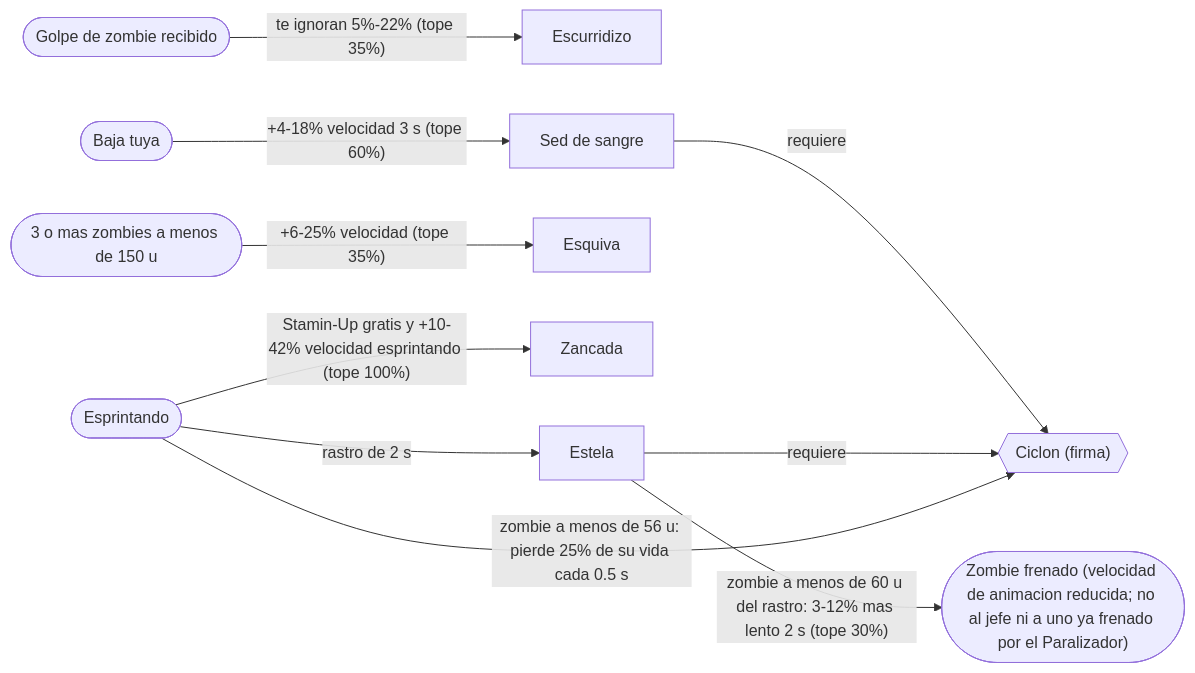
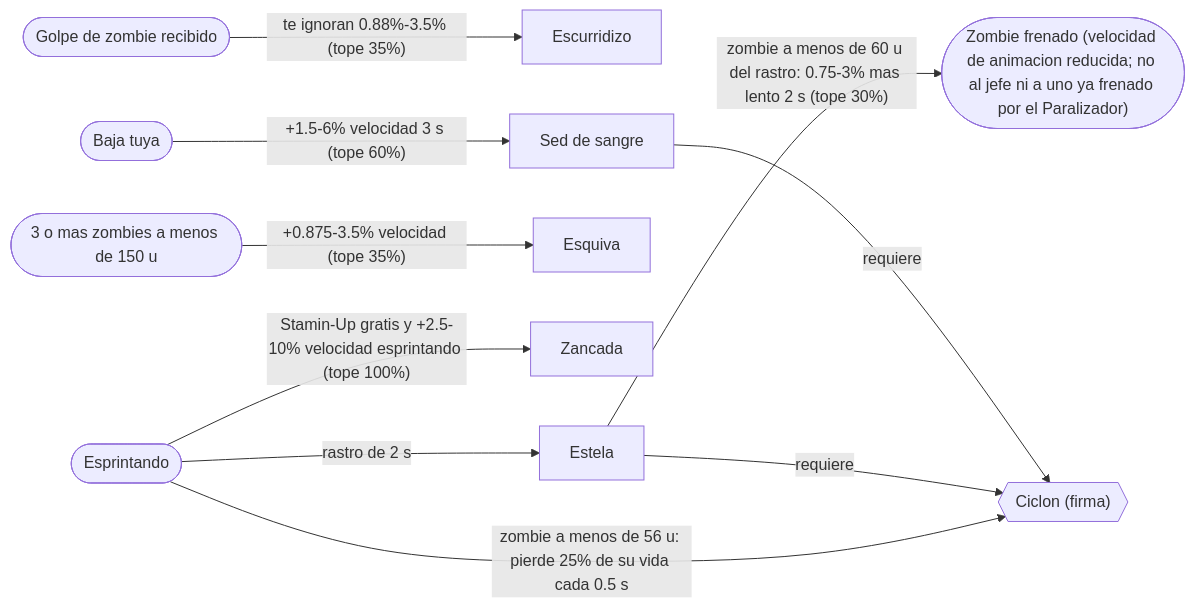
One commit to emailyasi1/bo2jodas changed diagram 12 of 15 in ARQUETIPOS.md. Above: the diagram before and after it, drawn with Mermaid. The commit also changed other lines of this file and 12 other files, not shown here.

````diff
--- a/ARQUETIPOS.md
+++ b/ARQUETIPOS.md
@@ -448,23 +448,23 @@
 ```mermaid
 flowchart LR
     escurridizo["Escurridizo"]
     sed["Sed de sangre"]
     resbaladizo["Esquiva"]
     zancada["Zancada"]
     estela["Estela"]
     ciclon{{"Ciclon (firma)"}}
     CERCA3(["3 o mas zombies a menos de 150 u"])
+    ESPRINT(["Esprintando"])
     FRENO(["Zombie frenado (velocidad de animacion reducida; no al jefe ni a uno ya frenado por el Paralizador)"])
     BAJA(["Baja tuya"])
     GOLPE(["Golpe de zombie recibido"])
-    ESPRINT(["Esprintando"])
-    BAJA -->|"+4-18% velocidad 3 s (tope 60%)"| sed
-    GOLPE -->|"te ignoran 5%-22% (tope 35%)"| escurridizo
-    CERCA3 -->|"+6-25% velocidad (tope 35%)"| resbaladizo
-    ESPRINT -->|"Stamin-Up gratis y +10-42% velocidad esprintando (tope 100%)"| zancada
+    BAJA -->|"+1.5-6% velocidad 3 s (tope 60%)"| sed
+    GOLPE -->|"te ignoran 0.88%-3.5% (tope 35%)"| escurridizo
+    CERCA3 -->|"+0.875-3.5% velocidad (tope 35%)"| resbaladizo
+    ESPRINT -->|"Stamin-Up gratis y +2.5-10% velocidad esprintando (tope 100%)"| zancada
     ESPRINT -->|"rastro de 2 s"| estela
-    estela -->|"zombie a menos de 60 u del rastro: 3-12% mas lento 2 s (tope 30%)"| FRENO
+    estela -->|"zombie a menos de 60 u del rastro: 0.75-3% mas lento 2 s (tope 30%)"| FRENO
     sed -->|"requiere"| ciclon
     estela -->|"requiere"| ciclon
     ESPRINT -->|"zombie a menos de 56 u: pierde 25% de su vida cada 0.5 s"| ciclon
 ```
````
